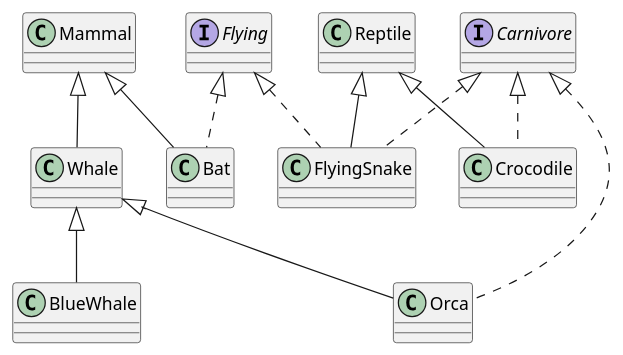
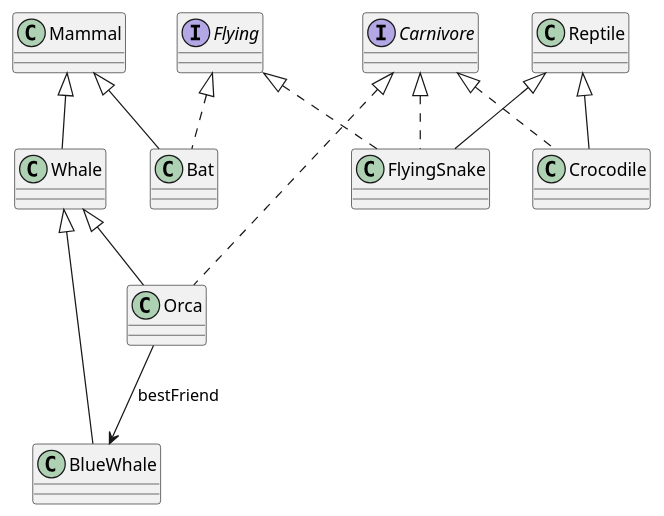
One commit to tauinger-de/training.java-basics changed the diagram in diagrams/hierarchy.puml. Above: the diagram before and after it, drawn with PlantUML. The commit also changed 10 other files, not shown here.

```diff
--- a/diagrams/hierarchy.puml
+++ b/diagrams/hierarchy.puml
@@ -1,18 +1,20 @@
 @startuml
 
 interface Carnivore
 interface Flying
 
 class Mammal
 
 class Bat extends Mammal implements Flying
 class Whale extends Mammal
 class BlueWhale extends Whale
 class Orca extends Whale implements Carnivore
 
 class Reptile
 
 class Crocodile extends Reptile implements Carnivore
 class FlyingSnake extends Reptile implements Carnivore, Flying
 
+Orca --> BlueWhale : bestFriend
+
 @enduml
```
